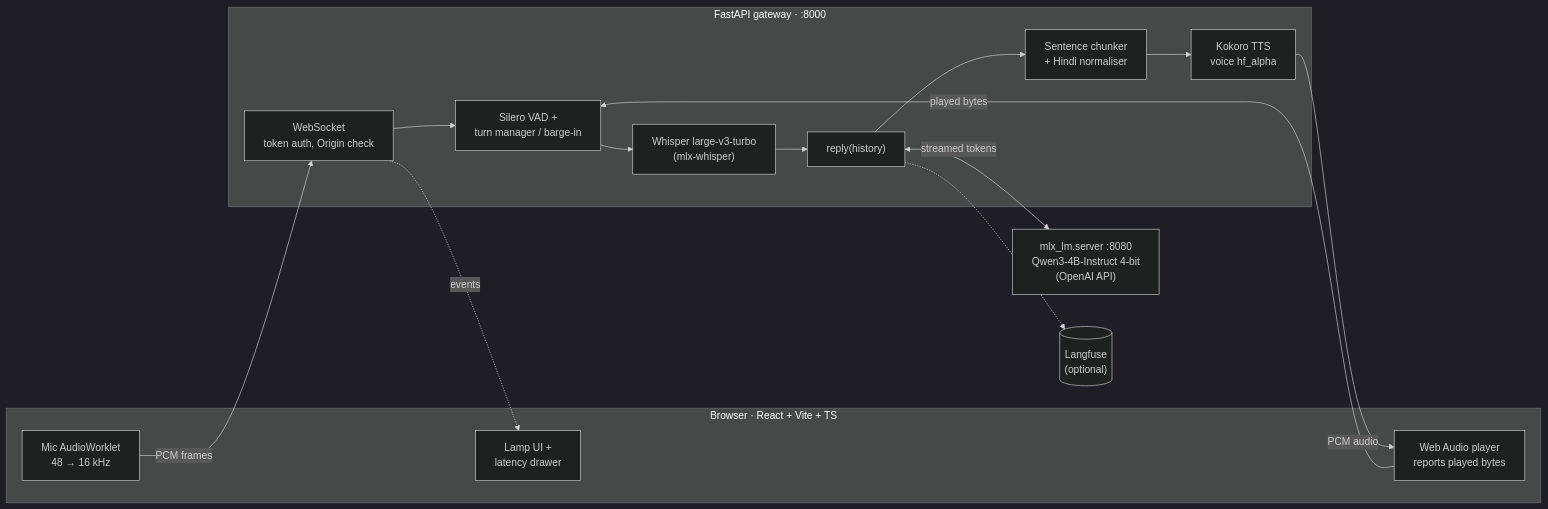
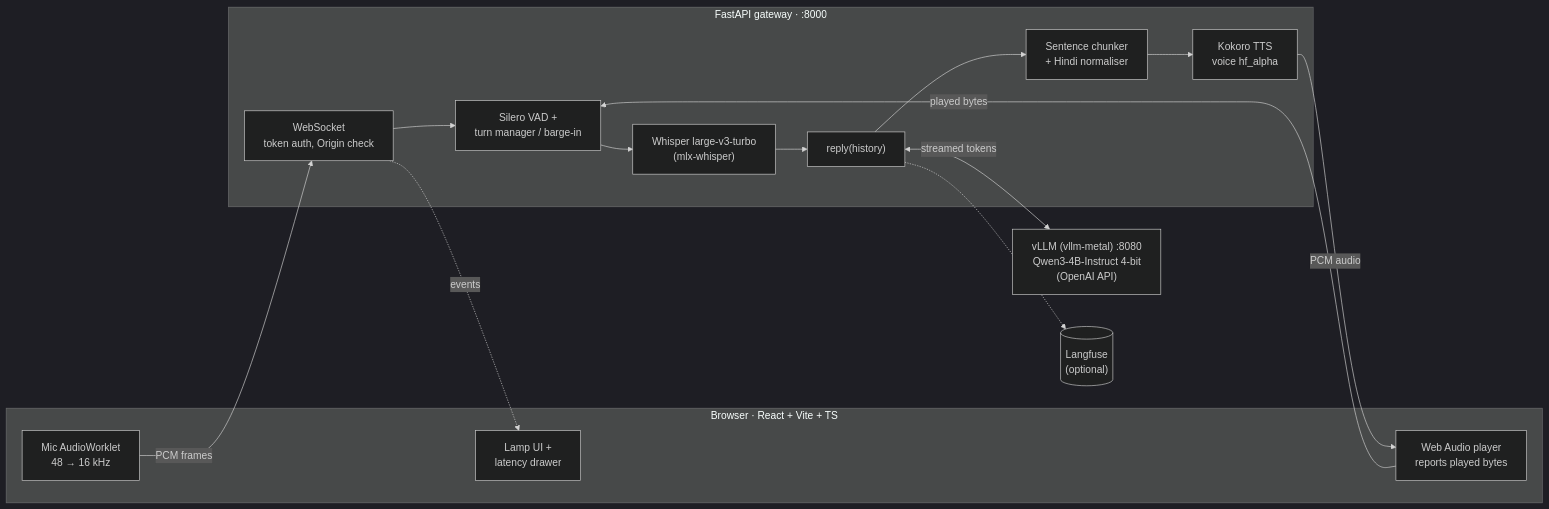
One commit to Analyst-Harsh/Fryday changed the diagram in README.md. Above: the diagram before and after it, drawn with Mermaid (dark theme). The commit also changed other lines of this file and 7 other files, not shown here.

First line of the commit message:
v9: vllm-metal timebox, vLLM as the local LLM server (#13)

````diff
--- a/README.md
+++ b/README.md
@@ -35,29 +35,29 @@
 ```mermaid
 flowchart LR
   subgraph Browser["Browser · React + Vite + TS"]
     MIC["Mic AudioWorklet<br/>48 → 16 kHz"]
     PLAY["Web Audio player<br/>reports played bytes"]
     UI["Lamp UI +<br/>latency drawer"]
   end
 
   subgraph Gateway["FastAPI gateway · :8000"]
     WS["WebSocket<br/>token auth, Origin check"]
     TURN["Silero VAD +<br/>turn manager / barge-in"]
     ASR["Whisper large-v3-turbo<br/>(mlx-whisper)"]
     REPLY["reply(history)"]
     CHUNK["Sentence chunker<br/>+ Hindi normaliser"]
     TTS["Kokoro TTS<br/>voice hf_alpha"]
   end
 
-  LLM["mlx_lm.server :8080<br/>Qwen3-4B-Instruct 4-bit<br/>(OpenAI API)"]
+  LLM["vLLM (vllm-metal) :8080<br/>Qwen3-4B-Instruct 4-bit<br/>(OpenAI API)"]
   LF[("Langfuse<br/>(optional)")]
 
   MIC -- "PCM frames" --> WS
   WS --> TURN --> ASR --> REPLY
   REPLY <-- "streamed tokens" --> LLM
   REPLY --> CHUNK --> TTS
   TTS -- "PCM audio" --> PLAY
   PLAY -- "played bytes" --> TURN
   WS -. "events" .-> UI
   REPLY -.-> LF
 ```
````
